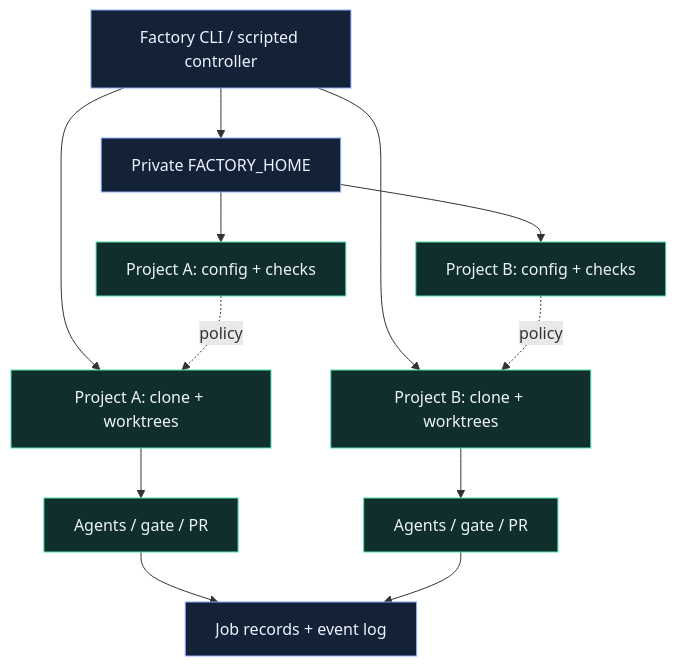
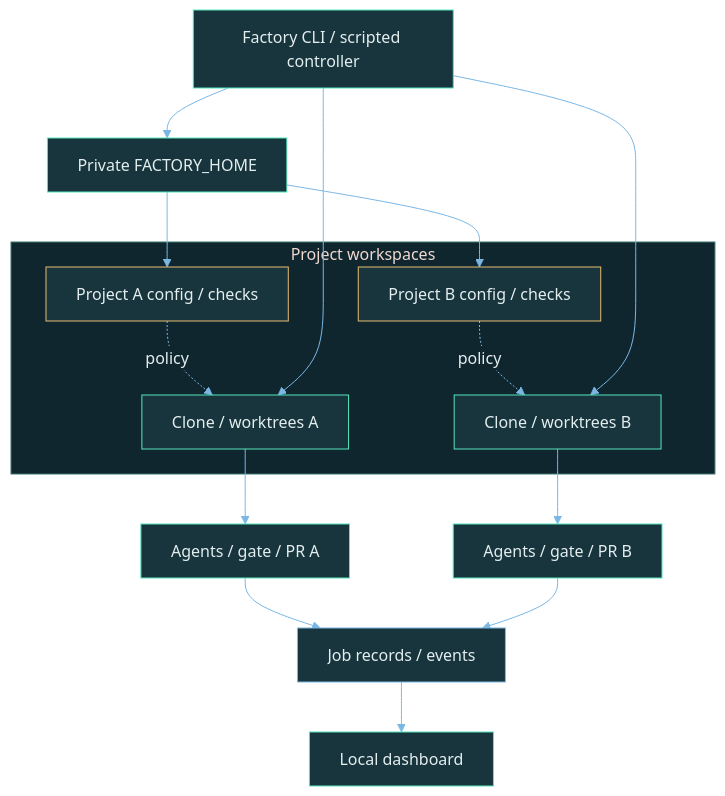
One commit to harry738/HyperSoftwareFactory changed the second of 5 diagrams in README.md. Above: the diagram before and after it, drawn with Mermaid. The commit also changed other lines of this file, not shown here.

````diff
--- a/README.md
+++ b/README.md
@@ -101,18 +158,24 @@
 ```mermaid
-flowchart TB
+%%{init: {"theme":"base","themeVariables":{"background":"#091b23","primaryColor":"#18343d","primaryTextColor":"#e3eeef","primaryBorderColor":"#55e6bc","lineColor":"#7bb7e4","secondaryColor":"#10262f","tertiaryColor":"#10262f","clusterBkg":"#10262f","clusterBorder":"#3d7470","edgeLabelBackground":"#10262f","fontFamily":"monospace"}}}%%
+flowchart TD
     C["Factory CLI / scripted controller"] --> F["Private FACTORY_HOME"]
-    F --> A["Project A: config + checks"]
-    F --> B["Project B: config + checks"]
-    C --> WA["Project A: clone + worktrees"]
-    C --> WB["Project B: clone + worktrees"]
-    A -. "policy" .-> WA
-    B -. "policy" .-> WB
-    WA --> GA["Agents / gate / PR"]
-    WB --> GB["Agents / gate / PR"]
-    GA --> E["Job records + event log"]
+    subgraph P["Project workspaces"]
+      A["Project A config / checks"] -. policy .-> WA["Clone / worktrees A"]
+      B["Project B config / checks"] -. policy .-> WB["Clone / worktrees B"]
+    end
+    F --> A & B
+    C --> WA & WB
+    WA --> GA["Agents / gate / PR A"]
+    WB --> GB["Agents / gate / PR B"]
+    GA --> E["Job records / events"]
     GB --> E
-    classDef central fill:#142238,stroke:#8eabff,color:#edf3fc
-    classDef project fill:#102e2b,stroke:#54e0b1,color:#edf3fc
-    class C,F,E central
-    class A,B,WA,WB,GA,GB project
+    E --> D["Local dashboard"]
+    classDef factory fill:#18343d,stroke:#55e6bc,color:#e3eeef
+    classDef input fill:#18343d,stroke:#7bb7e4,color:#e3eeef
+    classDef decision fill:#18343d,stroke:#e8bc70,color:#e3eeef
+    classDef blocked fill:#18343d,stroke:#f27e75,color:#e3eeef
+    classDef learning fill:#18343d,stroke:#bdabed,color:#e3eeef
+    class C,F,WA,WB,GA,GB,D factory
+    class A,B decision
+    class E input
 ```
````
